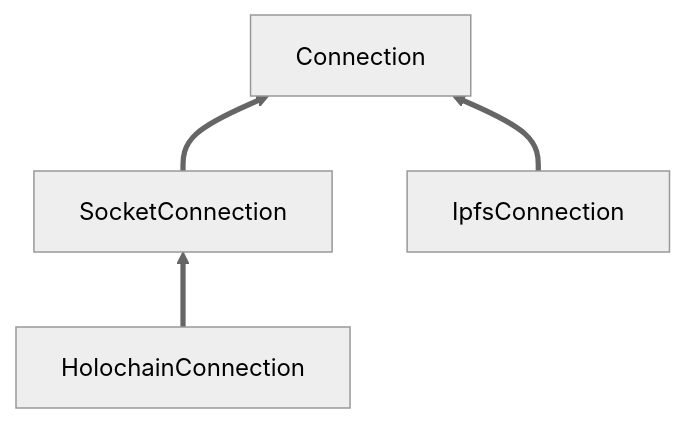
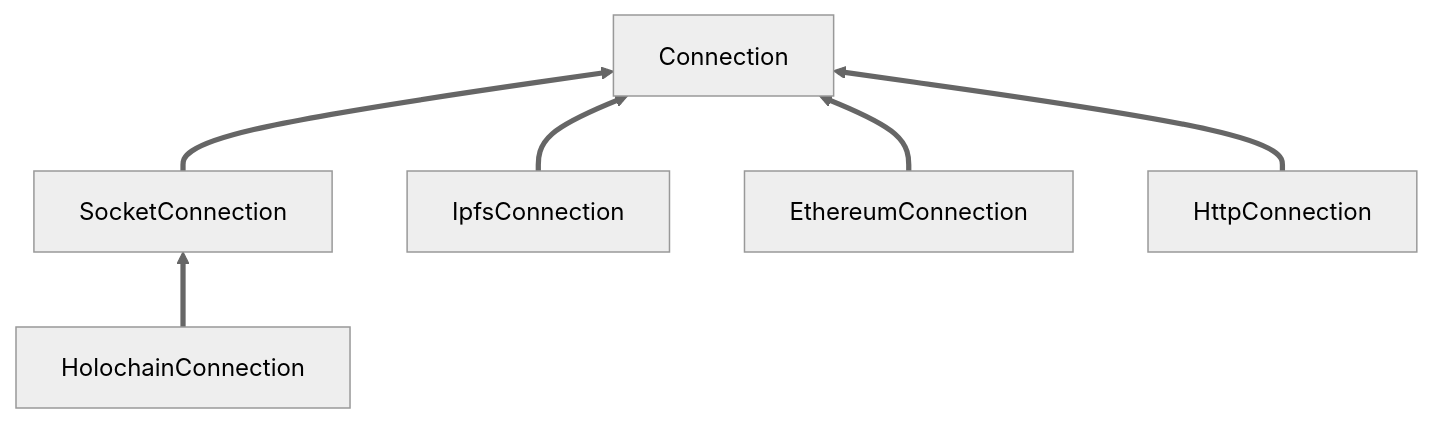
One commit to uprtcl/js-uprtcl changed the diagram in src/connections/Diagram.md. Above: the diagram before and after it, drawn with Mermaid (neutral theme). The commit also changed 14 other files, not shown here.

````diff
--- a/src/connections/Diagram.md
+++ b/src/connections/Diagram.md
@@ -1,6 +1,8 @@
 ```mermaid
 graph BT
   SocketConnection==>Connection
   HolochainConnection==>SocketConnection
   IpfsConnection==>Connection
+  EthereumConnection==>Connection
+  HttpConnection==>Connection
 ```
````
